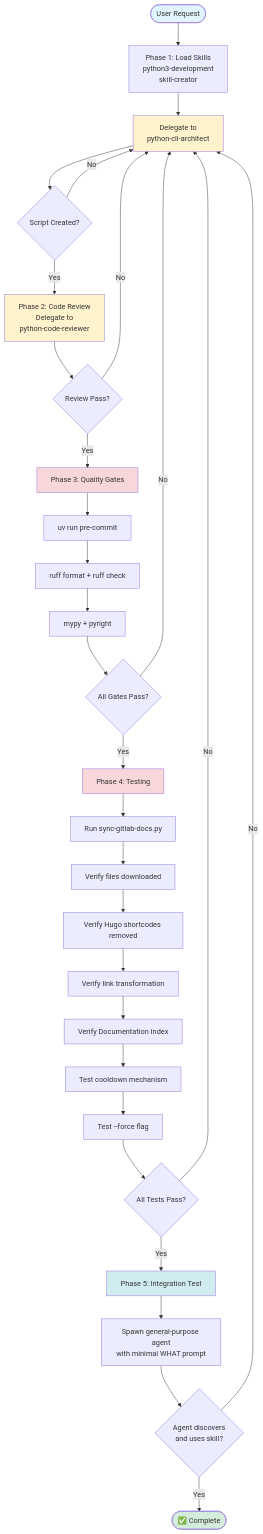
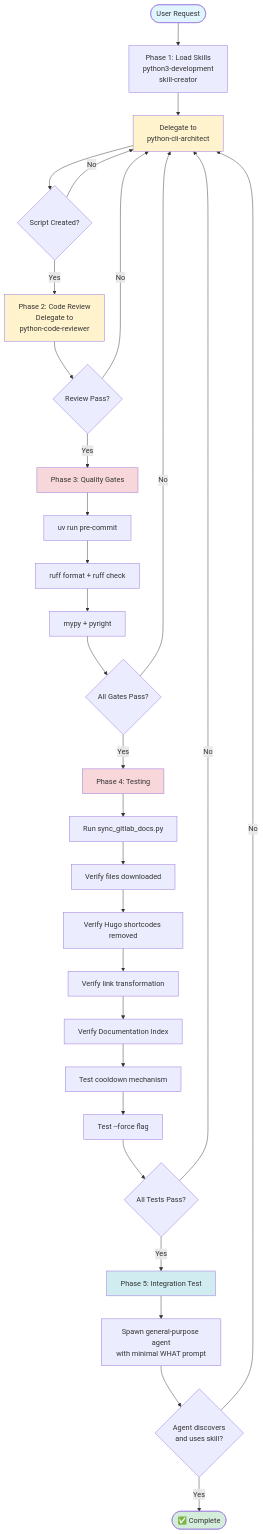
Before and after one commit to chgreer1070/claude_skills: the diagram in plugins/plugin-creator/skills/add-doc-updater/references/doc-updater-template.md, drawn with Mermaid. The commit also changed other lines of this file and 92 other files, not shown here.

````diff
--- a/plugins/plugin-creator/skills/add-doc-updater/references/doc-updater-template.md
+++ b/plugins/plugin-creator/skills/add-doc-updater/references/doc-updater-template.md
@@ -11,46 +11,46 @@
 ```mermaid
 graph TD
     Start([User Request]) --> LoadSkills[Phase 1: Load Skills<br/>python3-development<br/>skill-creator]
     LoadSkills --> Architect[Delegate to<br/>python-cli-architect]
 
     Architect --> ScriptCreated{Script Created?}
     ScriptCreated -->|Yes| Review[Phase 2: Code Review<br/>Delegate to<br/>python-code-reviewer]
     ScriptCreated -->|No| Architect
 
     Review --> ReviewPass{Review Pass?}
     ReviewPass -->|Yes| QualityGates[Phase 3: Quality Gates]
     ReviewPass -->|No| Architect
 
     QualityGates --> PreCommit[uv run pre-commit]
     PreCommit --> Ruff[ruff format + ruff check]
     Ruff --> TypeCheck[mypy + pyright]
 
     TypeCheck --> AllPass{All Gates Pass?}
     AllPass -->|Yes| Testing[Phase 4: Testing]
     AllPass -->|No| Architect
 
-    Testing --> RunScript[Run sync-gitlab-docs.py]
+    Testing --> RunScript[Run sync_gitlab_docs.py]
     RunScript --> VerifyFiles[Verify files downloaded]
     VerifyFiles --> CheckShortcodes[Verify Hugo shortcodes removed]
     CheckShortcodes --> CheckLinks[Verify link transformation]
     CheckLinks --> CheckIndex[Verify Documentation Index]
     CheckIndex --> TestCooldown[Test cooldown mechanism]
     TestCooldown --> TestForce[Test --force flag]
 
     TestForce --> TestsPass{All Tests Pass?}
     TestsPass -->|Yes| Integration[Phase 5: Integration Test]
     TestsPass -->|No| Architect
 
     Integration --> SubAgent[Spawn general-purpose agent<br/>with minimal WHAT prompt]
     SubAgent --> AgentDiscovers{Agent discovers<br/>and uses skill?}
     AgentDiscovers -->|Yes| Complete([✅ Complete])
     AgentDiscovers -->|No| Architect
 
     style Start fill:#e1f5ff
     style Complete fill:#d4edda
     style Architect fill:#fff3cd
     style Review fill:#fff3cd
     style QualityGates fill:#f8d7da
     style Testing fill:#f8d7da
     style Integration fill:#d1ecf1
 ```
````
